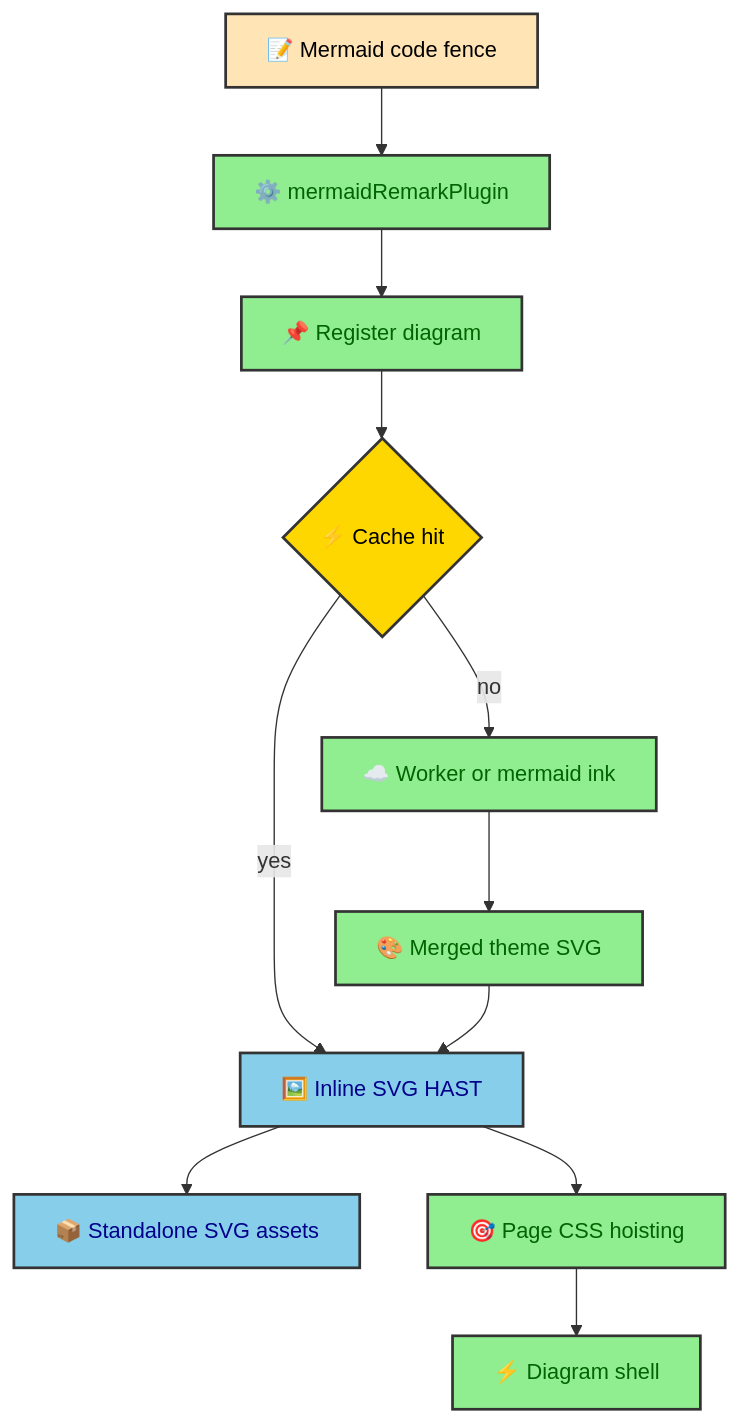
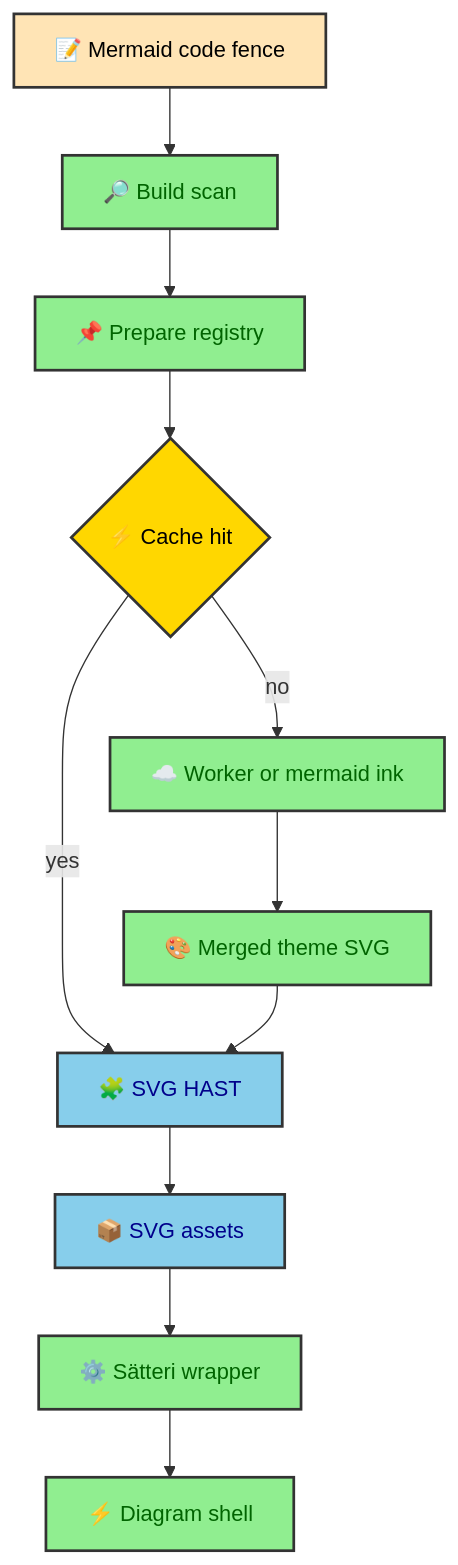
One commit to duranalberto/albertoduran changed the diagram in src/thejournal/building_albertoduran/mermaid/index.mdx. Above: the diagram before and after it, drawn with Mermaid. The commit also changed other lines of this file and 50 other files, not shown here.

````diff
--- a/src/thejournal/building_albertoduran/mermaid/index.mdx
+++ b/src/thejournal/building_albertoduran/mermaid/index.mdx
@@ -41,23 +41,23 @@
 ```mermaid
 flowchart TD
-    Fence[📝 Mermaid code fence] --> Plugin[⚙️ mermaidRemarkPlugin]
-    Plugin --> Register[📌 Register diagram]
-    Register --> Cache{⚡ Cache hit}
-    Cache -->|yes| Inline[🖼️ Inline SVG HAST]
+    Fence[📝 Mermaid code fence] --> Scan[🔎 Build scan]
+    Scan --> Prepare[📌 Prepare registry]
+    Prepare --> Cache{⚡ Cache hit}
+    Cache -->|yes| Node[🧩 SVG HAST]
     Cache -->|no| Renderer[☁️ Worker or mermaid ink]
     Renderer --> Merge[🎨 Merged theme SVG]
-    Merge --> Inline
-    Inline --> Assets[📦 Standalone SVG assets]
-    Inline --> PageCss[🎯 Page CSS hoisting]
-    PageCss --> Runtime[⚡ Diagram shell]
+    Merge --> Node
+    Node --> Assets[📦 SVG assets]
+    Assets --> Plugin[⚙️ Sätteri wrapper]
+    Plugin --> Runtime[⚡ Diagram shell]
 
     classDef source fill:#FFE4B5,stroke:#333,stroke-width:2px,color:black
     classDef process fill:#90EE90,stroke:#333,stroke-width:2px,color:darkgreen
     classDef decision fill:#FFD700,stroke:#333,stroke-width:2px,color:black
     classDef output fill:#87CEEB,stroke:#333,stroke-width:2px,color:darkblue
 
     class Fence source
-    class Plugin,Register,Renderer,Merge,PageCss,Runtime process
+    class Scan,Prepare,Plugin,Renderer,Merge,Runtime process
     class Cache decision
-    class Inline,Assets output
+    class Node,Assets output
 ```
````
